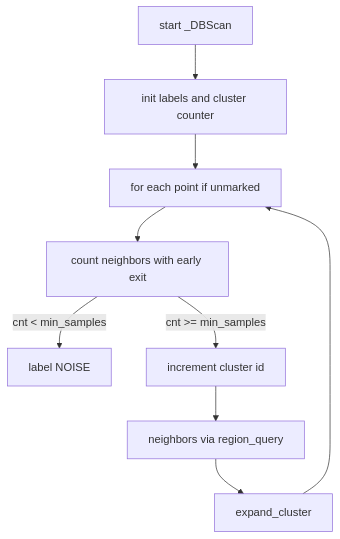
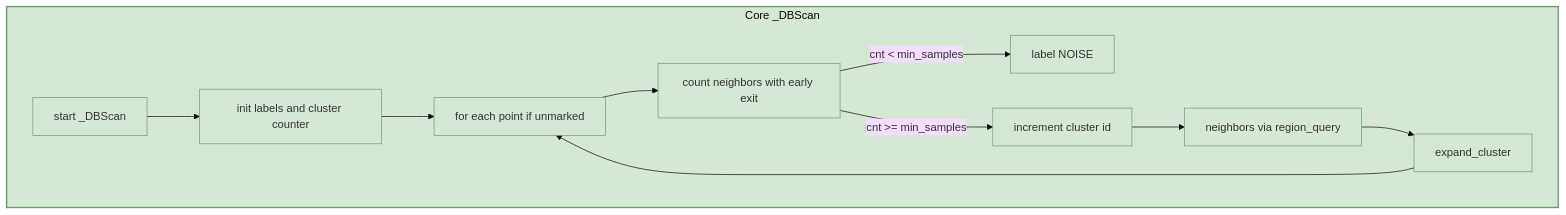
The seventh of 12 diagrams in docs/ai/dbscan.md (Gh0st352/AETHR), drawn with Mermaid before and after one commit. The commit also changed other lines of this file and 2 other files, not shown here.

Commit message:
docs: enhance diagrams in README, data_structures, and dbscan with subgraphs, improved styles, and readability adjustments

````diff
--- a/docs/ai/dbscan.md
+++ b/docs/ai/dbscan.md
@@ -81,11 +140,21 @@
 ```mermaid
-flowchart TD
-  D0[start _DBScan] --> D1[init labels and cluster counter]
-  D1 --> D2[for each point if unmarked]
-  D2 --> D3[count neighbors with early exit]
-  D3 -->|cnt < min_samples| D4[label NOISE]
-  D3 -->|cnt >= min_samples| D5[increment cluster id]
-  D5 --> D6[neighbors via region_query]
-  D6 --> D7[expand_cluster]
-  D7 --> D2
+%%{init: {"theme":"base"}}%%
+flowchart TB
+  %% Core loop and labeling
+  subgraph CORE [Core _DBScan]
+    style CORE fill:#d5e8d4,stroke:#6b9f73,stroke-width:2px
+    D0[start _DBScan]
+    D1[init labels and cluster counter]
+    D2[for each point if unmarked]
+    D3[count neighbors with early exit]
+    D4[label NOISE]
+    D5[increment cluster id]
+    D6[neighbors via region_query]
+    D7[expand_cluster]
+    D0 --> D1 --> D2 --> D3
+    D3 -->|cnt < min_samples| D4
+    D3 -->|cnt >= min_samples| D5 --> D6 --> D7 --> D2
+  end
+  classDef core fill:#d5e8d4,stroke:#6b9f73
+  class D0,D1,D2,D3,D4,D5,D6,D7 core
 ```
````
